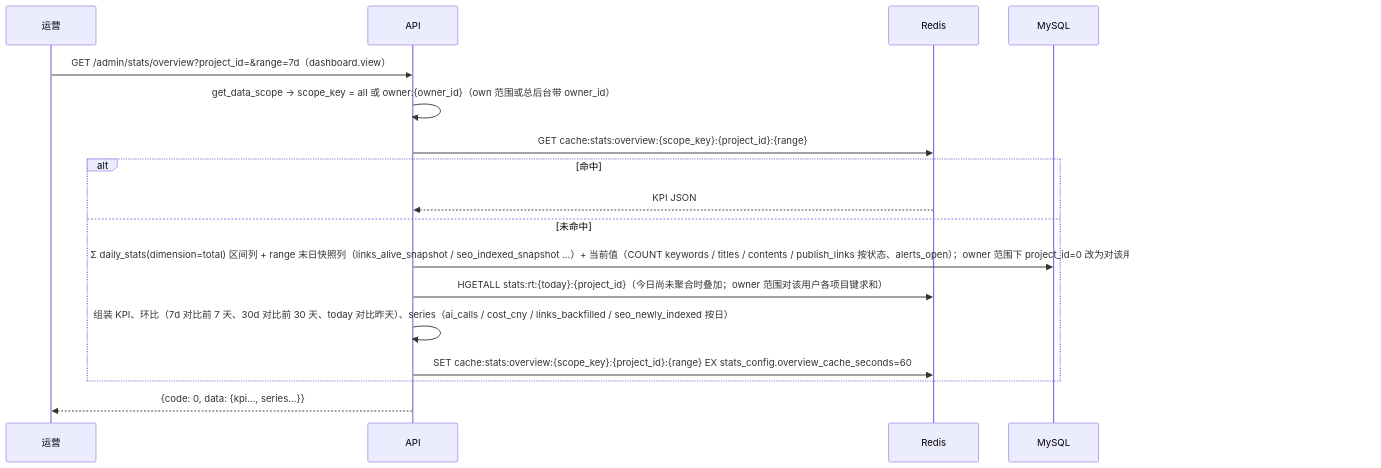
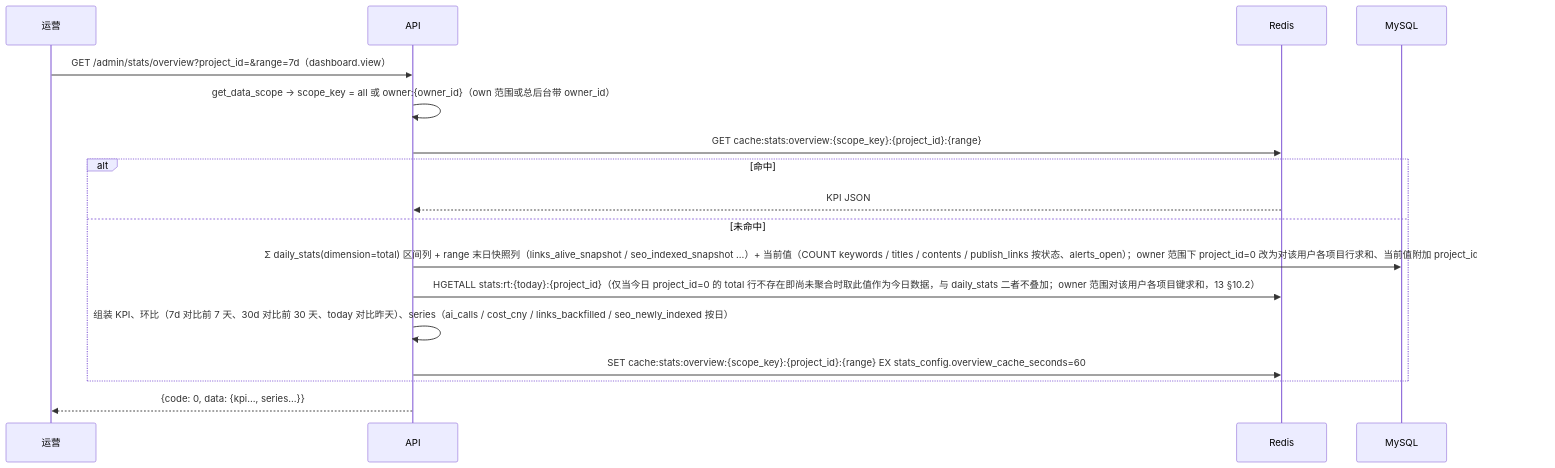
The eighth of 10 diagrams in docs/01-architecture.md (itrongsheng/aicreat), drawn with Mermaid before and after one commit. The commit also changed other lines of this file and 14 other files, not shown here.

````diff
--- a/docs/01-architecture.md
+++ b/docs/01-architecture.md
@@ -329,20 +329,20 @@
 ```mermaid
 sequenceDiagram
     participant U as 运营
     participant A as API
     participant R as Redis
     participant D as MySQL
 
     U->>A: GET /admin/stats/overview?project_id=&range=7d（dashboard.view）
     A->>A: get_data_scope → scope_key = all 或 owner:{owner_id}（own 范围或总后台带 owner_id）
     A->>R: GET cache:stats:overview:{scope_key}:{project_id}:{range}
     alt 命中
         R-->>A: KPI JSON
     else 未命中
         A->>D: Σ daily_stats(dimension=total) 区间列 + range 末日快照列（links_alive_snapshot / seo_indexed_snapshot …）+ 当前值（COUNT keywords / titles / contents / publish_links 按状态、alerts_open）；owner 范围下 project_id=0 改为对该用户各项目行求和、当前值附加 project_id IN (该用户项目)
-        A->>R: HGETALL stats:rt:{today}:{project_id}（今日尚未聚合时叠加；owner 范围对该用户各项目键求和）
+        A->>R: HGETALL stats:rt:{today}:{project_id}（仅当今日 project_id=0 的 total 行不存在即尚未聚合时取此值作为今日数据，与 daily_stats 二者不叠加；owner 范围对该用户各项目键求和，13 §10.2）
         A->>A: 组装 KPI、环比（7d 对比前 7 天、30d 对比前 30 天、today 对比昨天）、series（ai_calls / cost_cny / links_backfilled / seo_newly_indexed 按日）
         A->>R: SET cache:stats:overview:{scope_key}:{project_id}:{range} EX stats_config.overview_cache_seconds=60
     end
     A-->>U: {code: 0, data: {kpi…, series…}}
 ```
````
